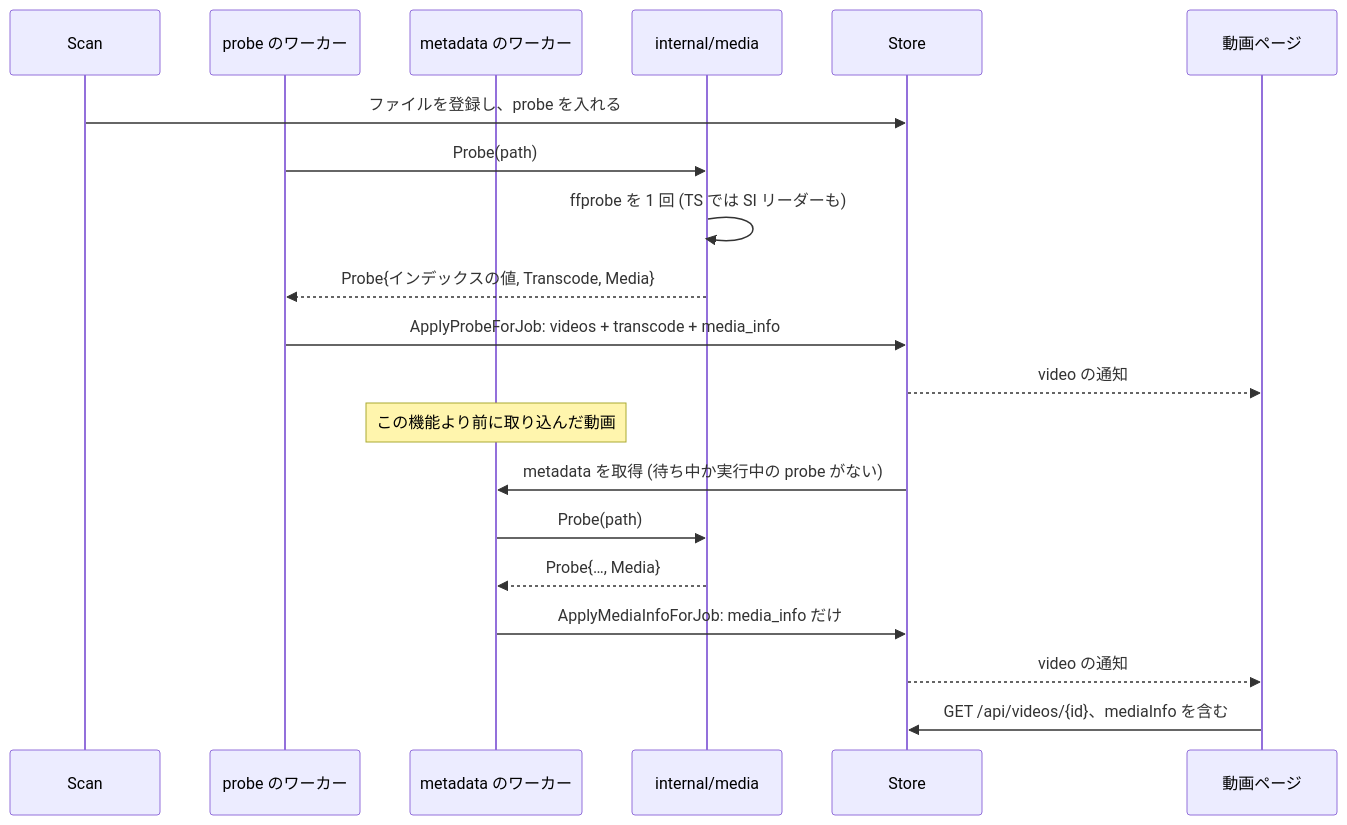
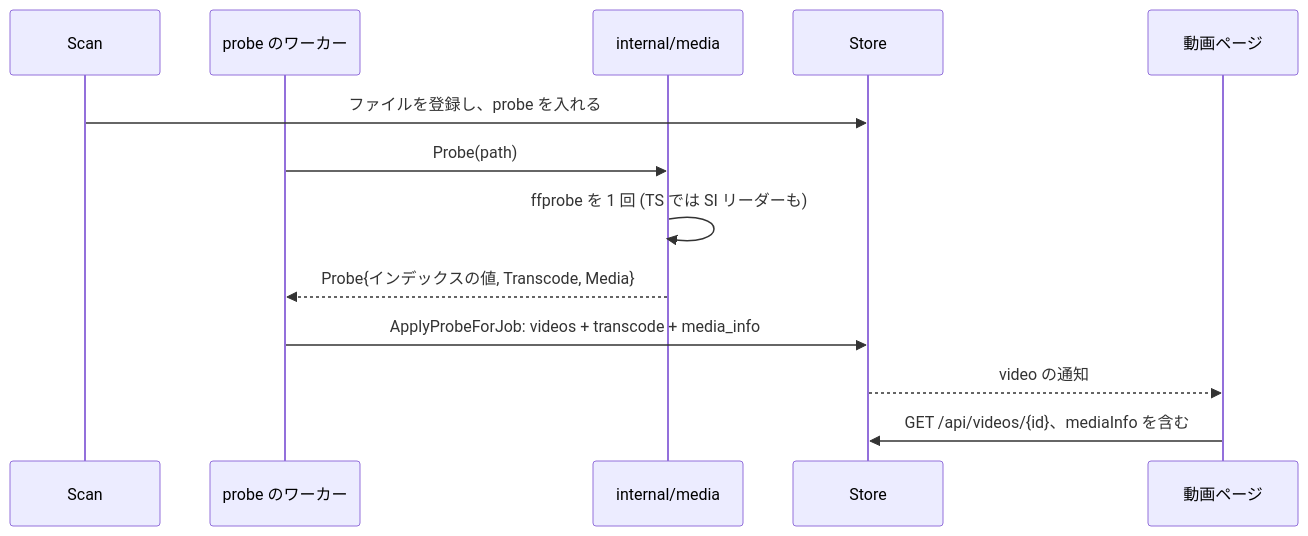
One commit to syudead/vv changed the first of 2 diagrams in translations/ja/specs/056-media-info/plan.md. Above: the diagram before and after it, drawn with Mermaid. The commit also changed other lines of this file and 6 other files, not shown here.

First line of the commit message:
docs(ja): refresh 056 translations after dropping the metadata job

````diff
--- a/translations/ja/specs/056-media-info/plan.md
+++ b/translations/ja/specs/056-media-info/plan.md
@@ -31,22 +31,15 @@
 ```mermaid
 sequenceDiagram
   participant Scan as Scan
   participant Probe as probe のワーカー
-  participant Meta as metadata のワーカー
   participant Media as internal/media
   participant Store as Store
   participant Page as 動画ページ
   Scan->>Store: ファイルを登録し、probe を入れる
   Probe->>Media: Probe(path)
   Media->>Media: ffprobe を 1 回 (TS では SI リーダーも)
   Media-->>Probe: Probe{インデックスの値, Transcode, Media}
   Probe->>Store: ApplyProbeForJob: videos + transcode + media_info
   Store-->>Page: video の通知
-  Note over Meta: この機能より前に取り込んだ動画
-  Store->>Meta: metadata を取得 (待ち中か実行中の probe がない)
-  Meta->>Media: Probe(path)
-  Media-->>Meta: Probe{…, Media}
-  Meta->>Store: ApplyMediaInfoForJob: media_info だけ
-  Store-->>Page: video の通知
   Page->>Store: GET /api/videos/{id}、mediaInfo を含む
 ```
````
